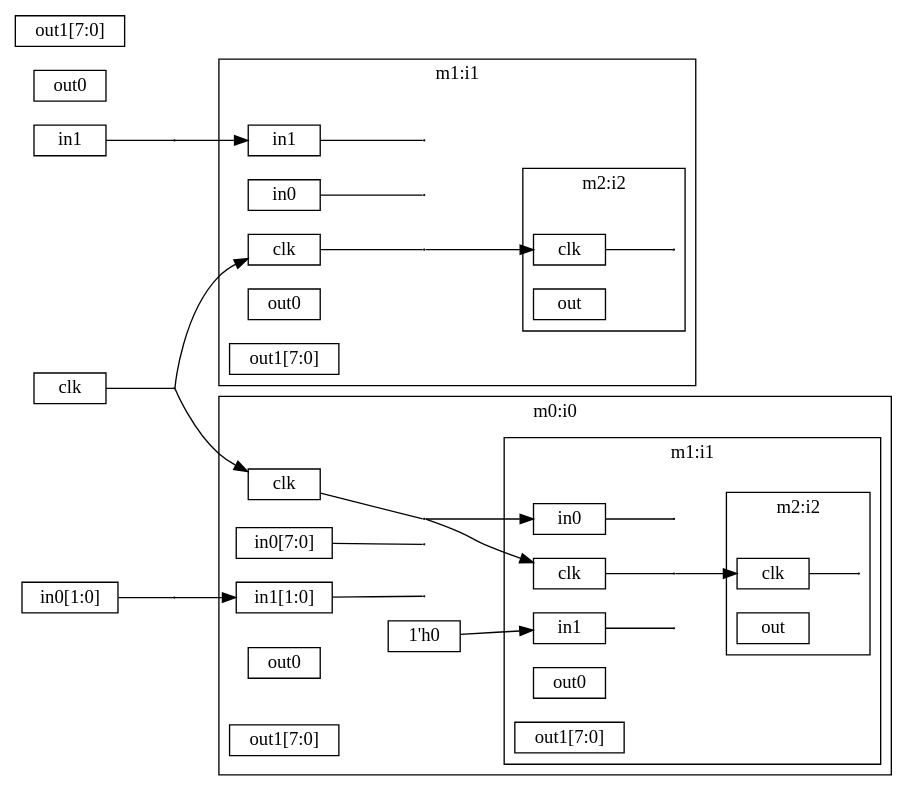
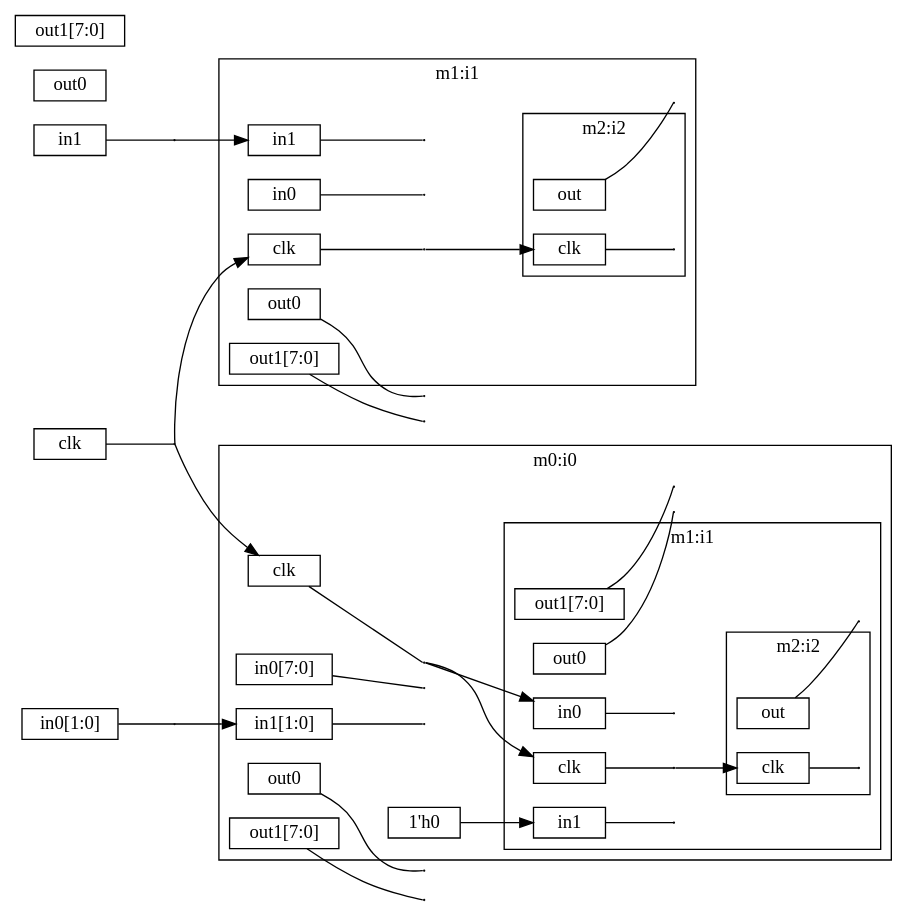
One commit to takata150802/netlistracer changed the diagram in out.dot. Above: the diagram before and after it, drawn with Graphviz. The commit also changed 1 other file, not shown here.

```diff
--- a/out.dot
+++ b/out.dot
@@ -1,91 +1,107 @@
 
 digraph {
     rankdir="LR";
     overlap = false;
     splines = true;
     node [shape = box, height=0.1];
     edge [labelfloat=false];
 
 subgraph cluster0 {
   graph [label = "m0:i0"];
 tmp0[width=0.0, height=0.0, shape=point];
 subgraph cluster1 {
   graph [label = "m1:i1"];
 tmp1[width=0.0, height=0.0, shape=point];
 subgraph cluster2 {
   graph [label = "m2:i2"];
 tmp2[width=0.0, height=0.0, shape=point];
 _i0_i1_i2_clk[label = "clk"];
 _i0_i1_i2_out[label = "out"];
-_i0_i1_i2_clk_br[width=0.01, height=0.01, shape=point];
-_i0_i1_i2_clk -> _i0_i1_i2_clk_br[dir = none];
+_i0_i1_i2_clk_input_br[width=0.01, height=0.01, shape=point];
+_i0_i1_i2_clk -> _i0_i1_i2_clk_input_br[dir = none];
 }
 _i0_i1_clk[label = "clk"];
 _i0_i1_in0[label = "in0"];
 _i0_i1_in1[label = "in1"];
 _i0_i1_out0[label = "out0"];
 _i0_i1_out1[label = "out1[7:0]"];
-_i0_i1_clk_br[width=0.01, height=0.01, shape=point];
-_i0_i1_clk -> _i0_i1_clk_br[dir = none];
-_i0_i1_in0_br[width=0.01, height=0.01, shape=point];
-_i0_i1_in0 -> _i0_i1_in0_br[dir = none];
-_i0_i1_in1_br[width=0.01, height=0.01, shape=point];
-_i0_i1_in1 -> _i0_i1_in1_br[dir = none];
-_i0_i1_clk_br -> _i0_i1_i2_clk[label = " "];
+_i0_i1_clk_input_br[width=0.01, height=0.01, shape=point];
+_i0_i1_clk -> _i0_i1_clk_input_br[dir = none];
+_i0_i1_in0_input_br[width=0.01, height=0.01, shape=point];
+_i0_i1_in0 -> _i0_i1_in0_input_br[dir = none];
+_i0_i1_in1_input_br[width=0.01, height=0.01, shape=point];
+_i0_i1_in1 -> _i0_i1_in1_input_br[dir = none];
+_i0_i1_i2_out_output_input_br[width=0.01, height=0.01, shape=point];
+_i0_i1_i2_out -> _i0_i1_i2_out_output_input_br[dir = none];
+_i0_i1_clk_input_br -> _i0_i1_i2_clk[label = " "];
 }
 _i0_clk[label = "clk"];
 _i0_in0[label = "in0[7:0]"];
 _i0_in1[label = "in1[1:0]"];
 _i0_out0[label = "out0"];
 _i0_out1[label = "out1[7:0]"];
-_i0_clk_br[width=0.01, height=0.01, shape=point];
-_i0_clk -> _i0_clk_br[dir = none];
-_i0_in0_br[width=0.01, height=0.01, shape=point];
-_i0_in0 -> _i0_in0_br[dir = none];
-_i0_in1_br[width=0.01, height=0.01, shape=point];
-_i0_in1 -> _i0_in1_br[dir = none];
-_i0_clk_br -> _i0_i1_clk[label = " "];
-_i0_clk_br -> _i0_i1_in0[label = " "];
+_i0_clk_input_br[width=0.01, height=0.01, shape=point];
+_i0_clk -> _i0_clk_input_br[dir = none];
+_i0_in0_input_br[width=0.01, height=0.01, shape=point];
+_i0_in0 -> _i0_in0_input_br[dir = none];
+_i0_in1_input_br[width=0.01, height=0.01, shape=point];
+_i0_in1 -> _i0_in1_input_br[dir = none];
+_i0_i1_out0_output_input_br[width=0.01, height=0.01, shape=point];
+_i0_i1_out0 -> _i0_i1_out0_output_input_br[dir = none];
+_i0_i1_out1_output_input_br[width=0.01, height=0.01, shape=point];
+_i0_i1_out1 -> _i0_i1_out1_output_input_br[dir = none];
+_i0_clk_input_br -> _i0_i1_clk[label = " "];
+_i0_clk_input_br -> _i0_i1_in0[label = " "];
 _i0_const_i1in1[label = "1'h0"];
 _i0_const_i1in1 -> _i0_i1_in1[label = " "];
 }
 subgraph cluster3 {
   graph [label = "m1:i1"];
 tmp3[width=0.0, height=0.0, shape=point];
 subgraph cluster4 {
   graph [label = "m2:i2"];
 tmp4[width=0.0, height=0.0, shape=point];
 _i1_i2_clk[label = "clk"];
 _i1_i2_out[label = "out"];
-_i1_i2_clk_br[width=0.01, height=0.01, shape=point];
-_i1_i2_clk -> _i1_i2_clk_br[dir = none];
+_i1_i2_clk_input_br[width=0.01, height=0.01, shape=point];
+_i1_i2_clk -> _i1_i2_clk_input_br[dir = none];
 }
 _i1_clk[label = "clk"];
 _i1_in0[label = "in0"];
 _i1_in1[label = "in1"];
 _i1_out0[label = "out0"];
 _i1_out1[label = "out1[7:0]"];
-_i1_clk_br[width=0.01, height=0.01, shape=point];
-_i1_clk -> _i1_clk_br[dir = none];
-_i1_in0_br[width=0.01, height=0.01, shape=point];
-_i1_in0 -> _i1_in0_br[dir = none];
-_i1_in1_br[width=0.01, height=0.01, shape=point];
-_i1_in1 -> _i1_in1_br[dir = none];
-_i1_clk_br -> _i1_i2_clk[label = " "];
+_i1_clk_input_br[width=0.01, height=0.01, shape=point];
+_i1_clk -> _i1_clk_input_br[dir = none];
+_i1_in0_input_br[width=0.01, height=0.01, shape=point];
+_i1_in0 -> _i1_in0_input_br[dir = none];
+_i1_in1_input_br[width=0.01, height=0.01, shape=point];
+_i1_in1 -> _i1_in1_input_br[dir = none];
+_i1_i2_out_output_input_br[width=0.01, height=0.01, shape=point];
+_i1_i2_out -> _i1_i2_out_output_input_br[dir = none];
+_i1_clk_input_br -> _i1_i2_clk[label = " "];
 }
 _clk[label = "clk"];
 _in0[label = "in0[1:0]"];
 _in1[label = "in1"];
 _out0[label = "out0"];
 _out1[label = "out1[7:0]"];
-_clk_br[width=0.01, height=0.01, shape=point];
-_clk -> _clk_br[dir = none];
-_in0_br[width=0.01, height=0.01, shape=point];
-_in0 -> _in0_br[dir = none];
-_in1_br[width=0.01, height=0.01, shape=point];
-_in1 -> _in1_br[dir = none];
-_clk_br -> _i0_clk[label = " "];
-_in0_br -> _i0_in1[label = " "];
-_clk_br -> _i1_clk[label = " "];
-_in1_br -> _i1_in1[label = " "];
+_clk_input_br[width=0.01, height=0.01, shape=point];
+_clk -> _clk_input_br[dir = none];
+_in0_input_br[width=0.01, height=0.01, shape=point];
+_in0 -> _in0_input_br[dir = none];
+_in1_input_br[width=0.01, height=0.01, shape=point];
+_in1 -> _in1_input_br[dir = none];
+_i0_out0_output_input_br[width=0.01, height=0.01, shape=point];
+_i0_out0 -> _i0_out0_output_input_br[dir = none];
+_i0_out1_output_input_br[width=0.01, height=0.01, shape=point];
+_i0_out1 -> _i0_out1_output_input_br[dir = none];
+_i1_out0_output_input_br[width=0.01, height=0.01, shape=point];
+_i1_out0 -> _i1_out0_output_input_br[dir = none];
+_i1_out1_output_input_br[width=0.01, height=0.01, shape=point];
+_i1_out1 -> _i1_out1_output_input_br[dir = none];
+_clk_input_br -> _i0_clk[label = " "];
+_in0_input_br -> _i0_in1[label = " "];
+_clk_input_br -> _i1_clk[label = " "];
+_in1_input_br -> _i1_in1[label = " "];
 }
```
